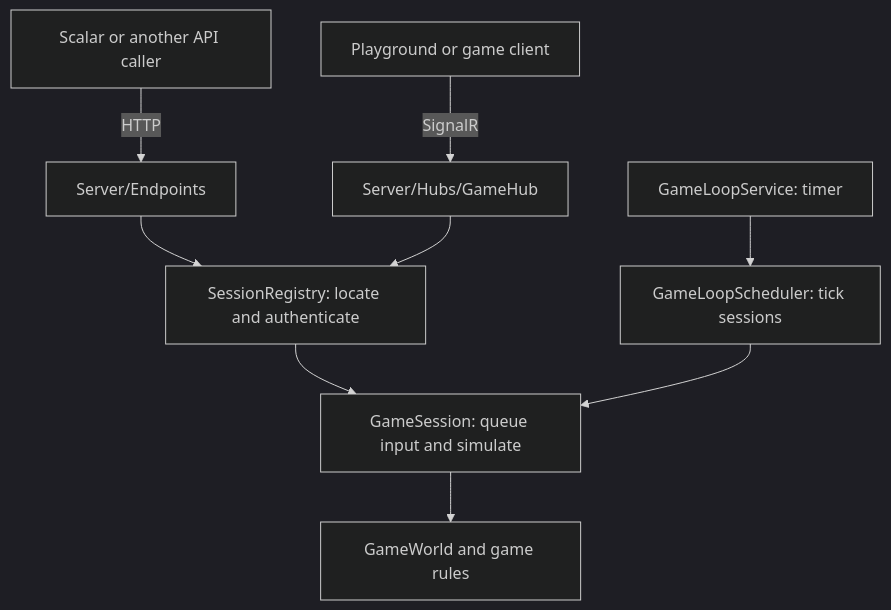
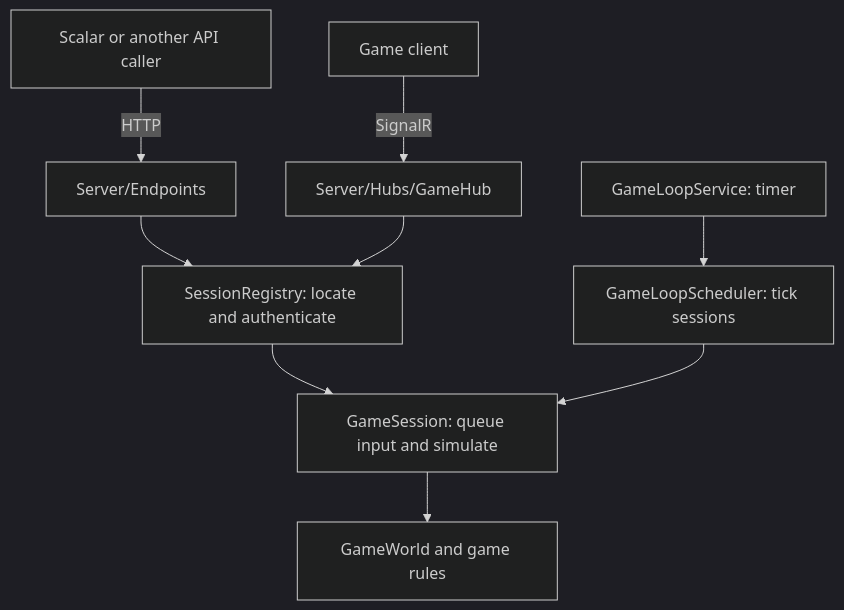
Before and after one commit to YoBoyJonas/OPP: the diagram in docs/CODE_WALKTHROUGH.md, drawn with Mermaid (dark theme). The commit also changed other lines of this file and 123 other files, not shown here.

````diff
--- a/docs/CODE_WALKTHROUGH.md
+++ b/docs/CODE_WALKTHROUGH.md
@@ -18,11 +17,11 @@
 ```mermaid
 flowchart TB
     Scalar["Scalar or another API caller"] -->|HTTP| Endpoints["Server/Endpoints"]
-    Client["Playground or game client"] -->|SignalR| Hub["Server/Hubs/GameHub"]
+    Client["Game client"] -->|SignalR| Hub["Server/Hubs/GameHub"]
     Endpoints --> Registry["SessionRegistry: locate and authenticate"]
     Hub --> Registry
     Registry --> Session["GameSession: queue input and simulate"]
     Clock["GameLoopService: timer"] --> Scheduler["GameLoopScheduler: tick sessions"]
     Scheduler --> Session
     Session --> World["GameWorld and game rules"]
 ```
````
